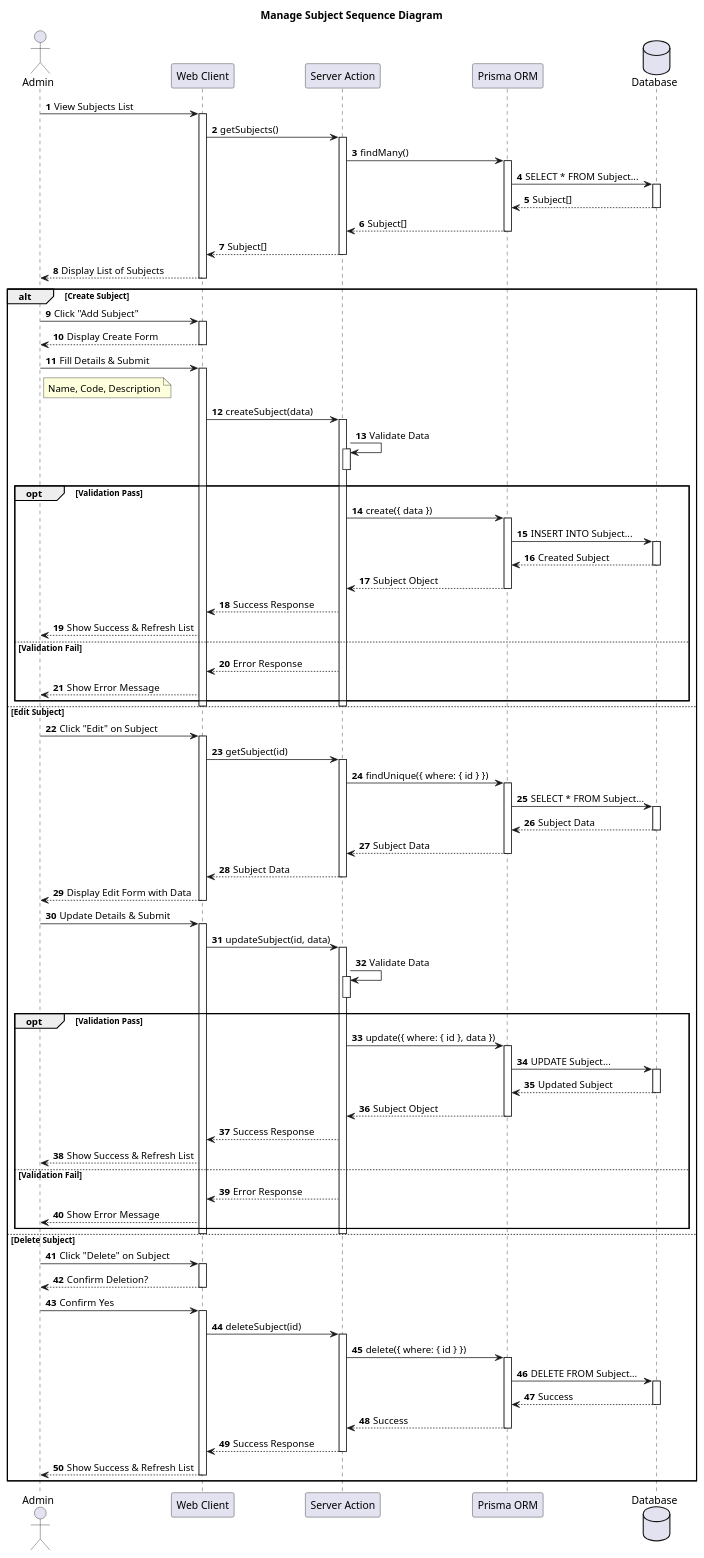
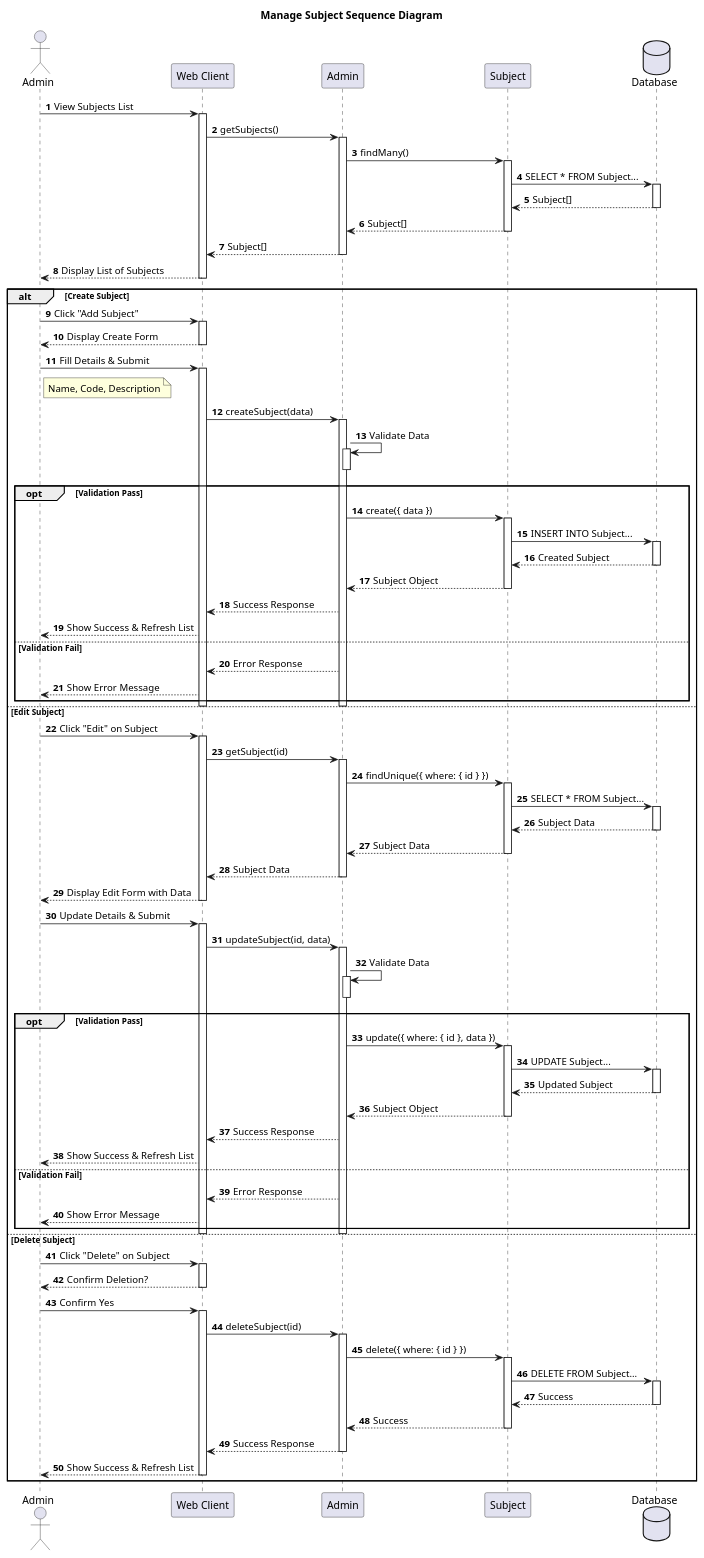
The diagram in design-summary/sequence-diagram/sequence-diagram-admin-manage-subject.puml (rafifgpt21-ai/jalms), drawn with PlantUML before and after one commit. The commit also changed 36 other files, not shown here.

```diff
--- a/design-summary/sequence-diagram/sequence-diagram-admin-manage-subject.puml
+++ b/design-summary/sequence-diagram/sequence-diagram-admin-manage-subject.puml
@@ -1,132 +1,132 @@
 @startuml
 title Manage Subject Sequence Diagram
 autonumber
 
 actor "Admin" as Admin
-participant "Web Client" as UI
-participant "Server Action" as Action
-participant "Prisma ORM" as Prisma
-database "Database" as DB
+participant "Web Client" as Client
+participant "Admin" as AdminClass
+participant "Subject" as Subject
+database "Database" as Database
 
 ' View Subjects Flow
-Admin -> UI: View Subjects List
-activate UI
-UI -> Action: getSubjects()
-activate Action
-Action -> Prisma: findMany()
-activate Prisma
-Prisma -> DB: SELECT * FROM Subject...
-activate DB
-DB --> Prisma: Subject[]
-deactivate DB
-Prisma --> Action: Subject[]
-deactivate Prisma
-Action --> UI: Subject[]
-deactivate Action
-UI --> Admin: Display List of Subjects
-deactivate UI
+Admin -> Client: View Subjects List
+activate Client
+Client -> AdminClass: getSubjects()
+activate AdminClass
+AdminClass -> Subject: findMany()
+activate Subject
+Subject -> Database: SELECT * FROM Subject...
+activate Database
+Database --> Subject: Subject[]
+deactivate Database
+Subject --> AdminClass: Subject[]
+deactivate Subject
+AdminClass --> Client: Subject[]
+deactivate AdminClass
+Client --> Admin: Display List of Subjects
+deactivate Client
 
 ' User Action Choices
 alt Create Subject
-    Admin -> UI: Click "Add Subject"
-    activate UI
-    UI --> Admin: Display Create Form
-    deactivate UI
+    Admin -> Client: Click "Add Subject"
+    activate Client
+    Client --> Admin: Display Create Form
+    deactivate Client
 
-    Admin -> UI: Fill Details & Submit
-    activate UI
+    Admin -> Client: Fill Details & Submit
+    activate Client
     note right of Admin: Name, Code, Description
 
-    UI -> Action: createSubject(data)
-    activate Action
-    Action -> Action: Validate Data
-    activate Action
-    deactivate Action
+    Client -> AdminClass: createSubject(data)
+    activate AdminClass
+    AdminClass -> AdminClass: Validate Data
+    activate AdminClass
+    deactivate AdminClass
 
     opt Validation Pass
-        Action -> Prisma: create({ data })
-        activate Prisma
-        Prisma -> DB: INSERT INTO Subject...
-        activate DB
-        DB --> Prisma: Created Subject
-        deactivate DB
-        Prisma --> Action: Subject Object
-        deactivate Prisma
-        Action --> UI: Success Response
-        UI --> Admin: Show Success & Refresh List
+        AdminClass -> Subject: create({ data })
+        activate Subject
+        Subject -> Database: INSERT INTO Subject...
+        activate Database
+        Database --> Subject: Created Subject
+        deactivate Database
+        Subject --> AdminClass: Subject Object
+        deactivate Subject
+        AdminClass --> Client: Success Response
+        Client --> Admin: Show Success & Refresh List
     else Validation Fail
-        Action --> UI: Error Response
-        UI --> Admin: Show Error Message
+        AdminClass --> Client: Error Response
+        Client --> Admin: Show Error Message
     end
-    deactivate Action
-    deactivate UI
+    deactivate AdminClass
+    deactivate Client
 
 else Edit Subject
-    Admin -> UI: Click "Edit" on Subject
-    activate UI
-    UI -> Action: getSubject(id)
-    activate Action
-    Action -> Prisma: findUnique({ where: { id } })
-    activate Prisma
-    Prisma -> DB: SELECT * FROM Subject...
-    activate DB
-    DB --> Prisma: Subject Data
-    deactivate DB
-    Prisma --> Action: Subject Data
-    deactivate Prisma
-    Action --> UI: Subject Data
-    deactivate Action
-    UI --> Admin: Display Edit Form with Data
-    deactivate UI
+    Admin -> Client: Click "Edit" on Subject
+    activate Client
+    Client -> AdminClass: getSubject(id)
+    activate AdminClass
+    AdminClass -> Subject: findUnique({ where: { id } })
+    activate Subject
+    Subject -> Database: SELECT * FROM Subject...
+    activate Database
+    Database --> Subject: Subject Data
+    deactivate Database
+    Subject --> AdminClass: Subject Data
+    deactivate Subject
+    AdminClass --> Client: Subject Data
+    deactivate AdminClass
+    Client --> Admin: Display Edit Form with Data
+    deactivate Client
 
-    Admin -> UI: Update Details & Submit
-    activate UI
-    UI -> Action: updateSubject(id, data)
-    activate Action
-    Action -> Action: Validate Data
-    activate Action
-    deactivate Action
+    Admin -> Client: Update Details & Submit
+    activate Client
+    Client -> AdminClass: updateSubject(id, data)
+    activate AdminClass
+    AdminClass -> AdminClass: Validate Data
+    activate AdminClass
+    deactivate AdminClass
 
     opt Validation Pass
-        Action -> Prisma: update({ where: { id }, data })
-        activate Prisma
-        Prisma -> DB: UPDATE Subject...
-        activate DB
-        DB --> Prisma: Updated Subject
-        deactivate DB
-        Prisma --> Action: Subject Object
-        deactivate Prisma
-        Action --> UI: Success Response
-        UI --> Admin: Show Success & Refresh List
+        AdminClass -> Subject: update({ where: { id }, data })
+        activate Subject
+        Subject -> Database: UPDATE Subject...
+        activate Database
+        Database --> Subject: Updated Subject
+        deactivate Database
+        Subject --> AdminClass: Subject Object
+        deactivate Subject
+        AdminClass --> Client: Success Response
+        Client --> Admin: Show Success & Refresh List
     else Validation Fail
-        Action --> UI: Error Response
-        UI --> Admin: Show Error Message
+        AdminClass --> Client: Error Response
+        Client --> Admin: Show Error Message
     end
-    deactivate Action
-    deactivate UI
+    deactivate AdminClass
+    deactivate Client
 
 else Delete Subject
-    Admin -> UI: Click "Delete" on Subject
-    activate UI
-    UI --> Admin: Confirm Deletion?
-    deactivate UI
+    Admin -> Client: Click "Delete" on Subject
+    activate Client
+    Client --> Admin: Confirm Deletion?
+    deactivate Client
     
-    Admin -> UI: Confirm Yes
-    activate UI
-    UI -> Action: deleteSubject(id)
-    activate Action
-    Action -> Prisma: delete({ where: { id } })
-    activate Prisma
-    Prisma -> DB: DELETE FROM Subject...
-    activate DB
-    DB --> Prisma: Success
-    deactivate DB
-    Prisma --> Action: Success
-    deactivate Prisma
-    Action --> UI: Success Response
-    deactivate Action
-    UI --> Admin: Show Success & Refresh List
-    deactivate UI
+    Admin -> Client: Confirm Yes
+    activate Client
+    Client -> AdminClass: deleteSubject(id)
+    activate AdminClass
+    AdminClass -> Subject: delete({ where: { id } })
+    activate Subject
+    Subject -> Database: DELETE FROM Subject...
+    activate Database
+    Database --> Subject: Success
+    deactivate Database
+    Subject --> AdminClass: Success
+    deactivate Subject
+    AdminClass --> Client: Success Response
+    deactivate AdminClass
+    Client --> Admin: Show Success & Refresh List
+    deactivate Client
 end
 
 @enduml
```
